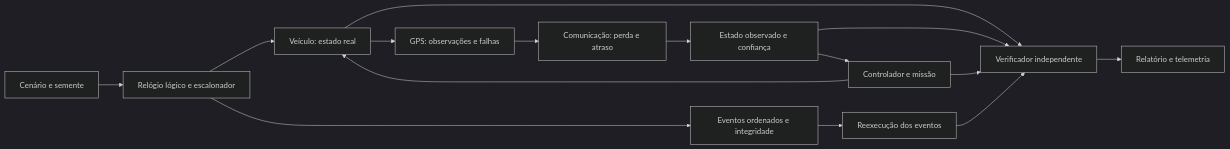
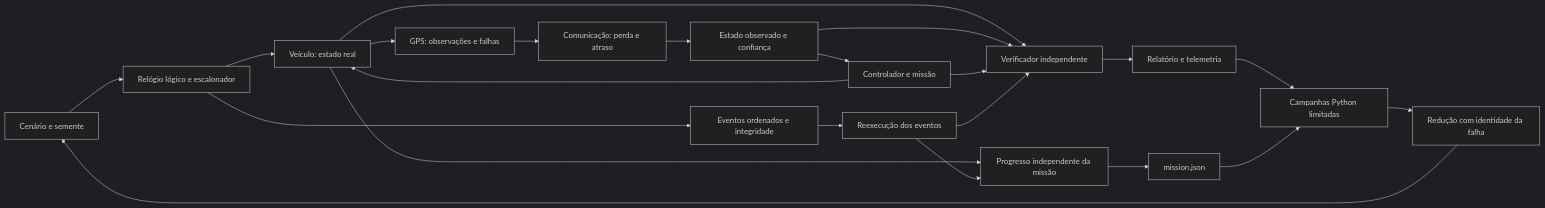
Before and after one commit to WhiteBlindness/autonomous-systems-vv-lab: the diagram in README.md, drawn with Mermaid (dark theme). The commit also changed other lines of this file and 36 other files, not shown here.

First line of the commit message:
Add mission-progress classification and reproducible failure reduction (#2)

````diff
--- a/README.md
+++ b/README.md
@@ -51,17 +53,24 @@
 ```mermaid
 flowchart LR
     Config[Cenário e semente] --> Sim[Relógio lógico e escalonador]
     Sim --> Truth[Veículo: estado real]
     Truth --> GPS[GPS: observações e falhas]
     GPS --> Comm[Comunicação: perda e atraso]
     Comm --> Sensor[Estado observado e confiança]
     Sensor --> Mission[Controlador e missão]
     Mission --> Truth
     Truth --> Verify[Verificador independente]
     Sensor --> Verify
     Mission --> Verify
     Sim --> Events[Eventos ordenados e integridade]
     Verify --> Report[Relatório e telemetria]
+    Truth --> Progress[Progresso independente da missão]
+    Progress --> MissionReport[mission.json]
     Events --> Replay[Reexecução dos eventos]
     Replay --> Verify
+    Replay --> Progress
+    Report --> Campaign[Campanhas Python limitadas]
+    MissionReport --> Campaign
+    Campaign --> Reduce[Redução com identidade da falha]
+    Reduce --> Config
 ```
````
